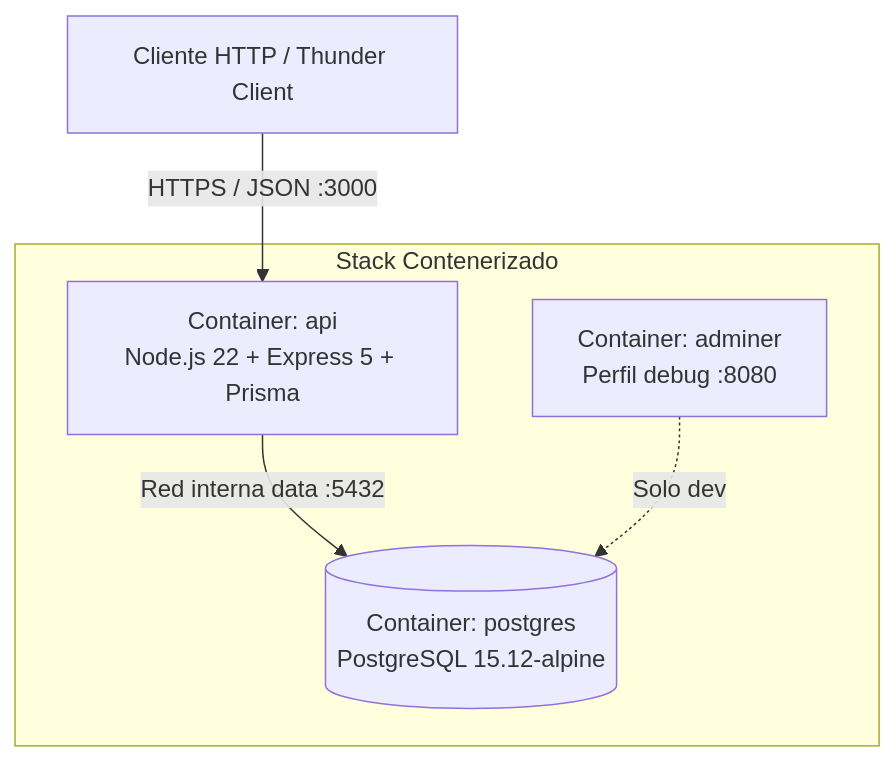
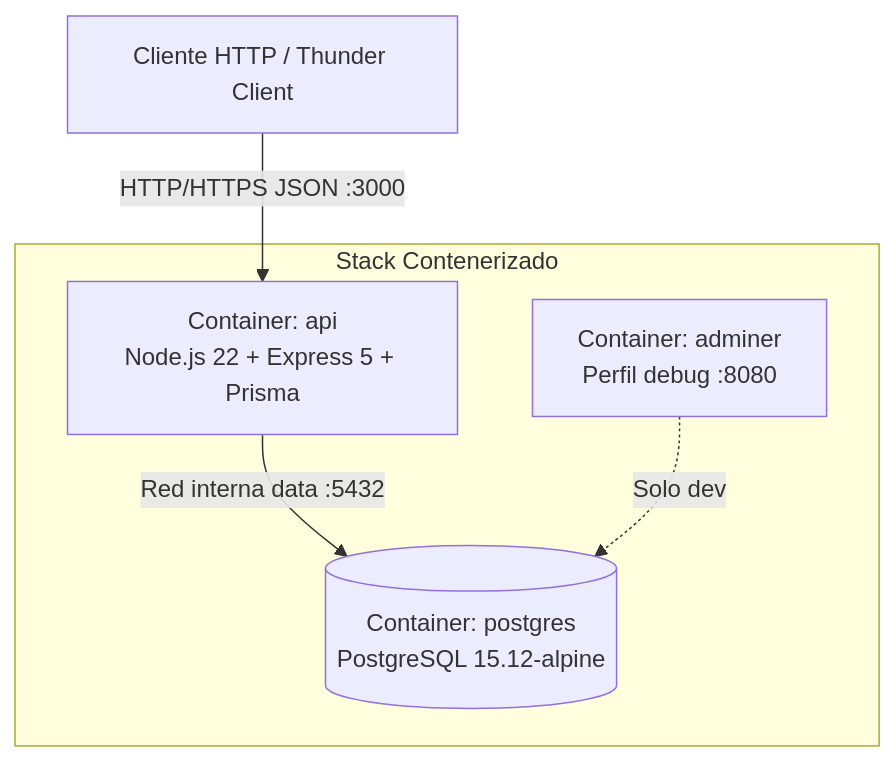
One commit to zgfnicolas/recetaria changed the second of 2 diagrams in docs/sad.md. Above: the diagram before and after it, drawn with Mermaid. The commit also changed other lines of this file and 13 other files, not shown here.

````diff
--- a/docs/sad.md
+++ b/docs/sad.md
@@ -32,8 +32,8 @@
 ```mermaid
 flowchart TB
-  Client[Cliente HTTP / Thunder Client] -->|HTTPS / JSON :3000| API
+  Client[Cliente HTTP / Thunder Client] -->|HTTP/HTTPS JSON :3000| API
   subgraph Docker_Compose [Stack Contenerizado]
     API[Container: api<br/>Node.js 22 + Express 5 + Prisma] -->|Red interna data :5432| PG[(Container: postgres<br/>PostgreSQL 15.12-alpine)]
     Adminer[Container: adminer<br/>Perfil debug :8080] -.->|Solo dev| PG
   end
 ```
````
